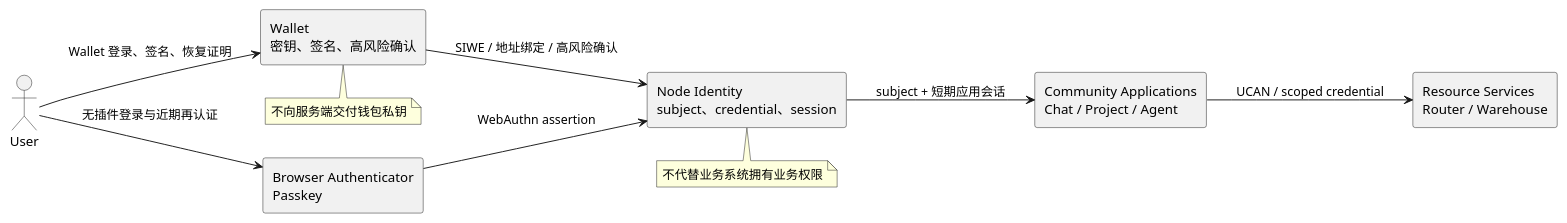
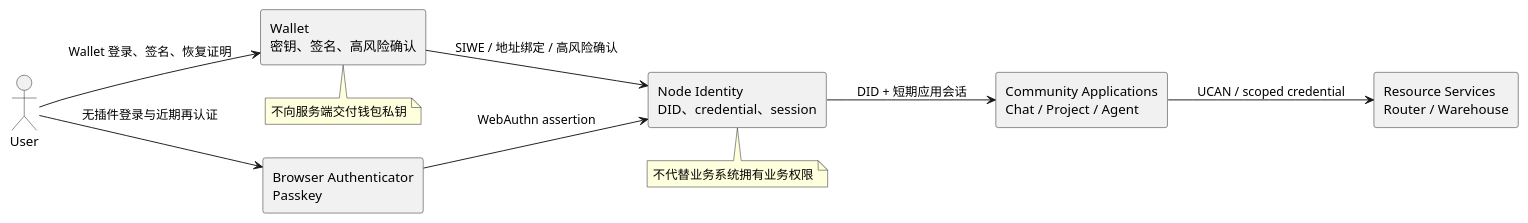
One commit to yeying-community/wallet changed the first of 4 diagrams in docs/钱包架构V2.md. Above: the diagram before and after it, drawn with PlantUML. The commit also changed other lines of this file and 22 other files, not shown here.

````diff
--- a/docs/钱包架构V2.md
+++ b/docs/钱包架构V2.md
@@ -26,27 +26,27 @@
 ```plantuml
 @startuml wallet-v2-overview
 left to right direction
 skinparam componentStyle rectangle
 
 actor User
 component "Wallet\n密钥、签名、高风险确认" as Wallet
 component "Browser Authenticator\nPasskey" as Passkey
-component "Node Identity\nsubject、credential、session" as Node
+component "Node Identity\nDID、credential、session" as Node
 component "Community Applications\nChat / Project / Agent" as Apps
 component "Resource Services\nRouter / Warehouse" as Resources
 
 User --> Wallet : Wallet 登录、签名、恢复证明
 User --> Passkey : 无插件登录与近期再认证
 Wallet --> Node : SIWE / 地址绑定 / 高风险确认
 Passkey --> Node : WebAuthn assertion
-Node --> Apps : subject + 短期应用会话
+Node --> Apps : DID + 短期应用会话
 Apps --> Resources : UCAN / scoped credential
 
 note bottom of Wallet
 不向服务端交付钱包私钥
 end note
 note bottom of Node
 不代替业务系统拥有业务权限
 end note
 @enduml
 ```
````
